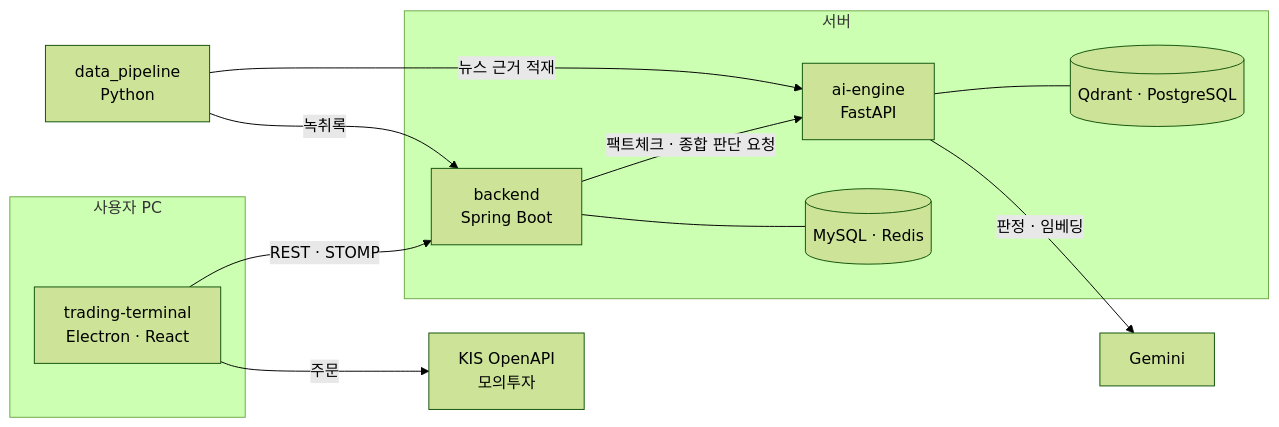
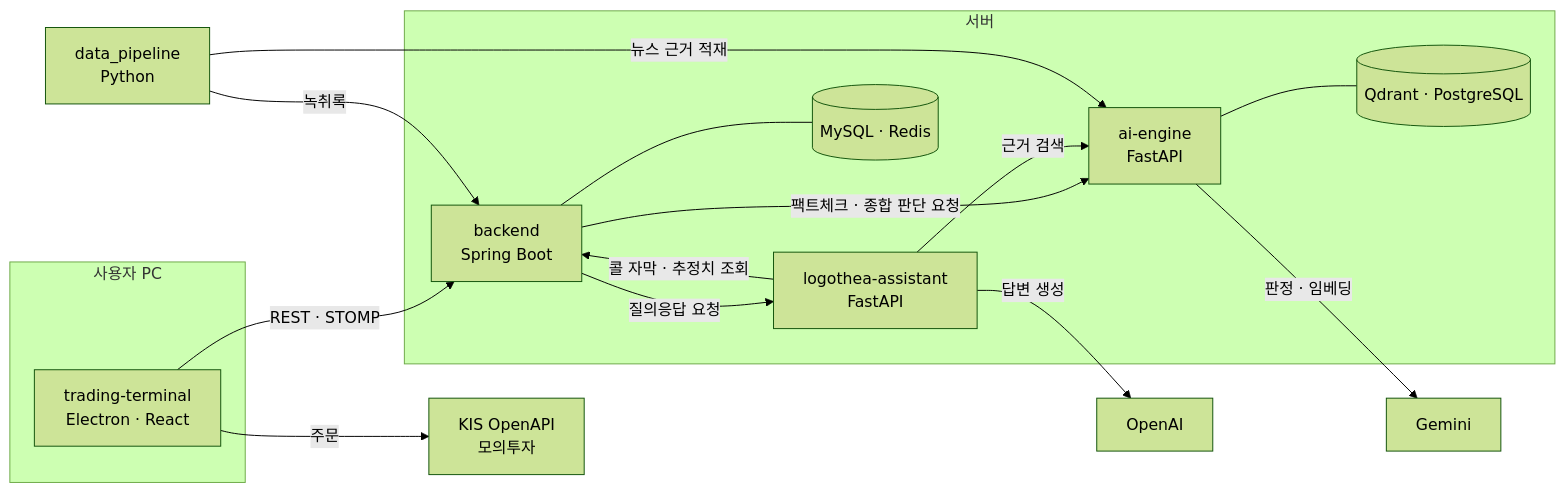
One commit to keonha123/Earning-Whisperer changed the diagram in README.md. Above: the diagram before and after it, drawn with Mermaid (forest theme). The commit also changed other lines of this file and 12 other files, not shown here.

First line of the commit message:
docs(repo): 어닝콜 질의응답 문서를 더하고 logothea-assistant 를 문서 체계에 넣습니다

````diff
--- a/README.md
+++ b/README.md
@@ -38,26 +39,32 @@
 ```mermaid
 flowchart LR
     subgraph PC["사용자 PC"]
         T["trading-terminal<br/>Electron · React"]
     end
 
     subgraph Server["서버"]
         B["backend<br/>Spring Boot"]
         A["ai-engine<br/>FastAPI"]
+        S["logothea-assistant<br/>FastAPI"]
         DB[("MySQL · Redis")]
         V[("Qdrant · PostgreSQL")]
     end
 
     P["data_pipeline<br/>Python"]
     KIS["KIS OpenAPI<br/>모의투자"]
     LLM["Gemini"]
+    OA["OpenAI"]
 
     T -- "REST · STOMP" --> B
     T -- "주문" --> KIS
     B -- "팩트체크 · 종합 판단 요청" --> A
     B --- DB
     A --- V
     A -- "판정 · 임베딩" --> LLM
+    B -- "질의응답 요청" --> S
+    S -- "콜 자막 · 추정치 조회" --> B
+    S -- "근거 검색" --> A
+    S -- "답변 생성" --> OA
     P -- "녹취록" --> B
     P -- "뉴스 근거 적재" --> A
 ```
````
